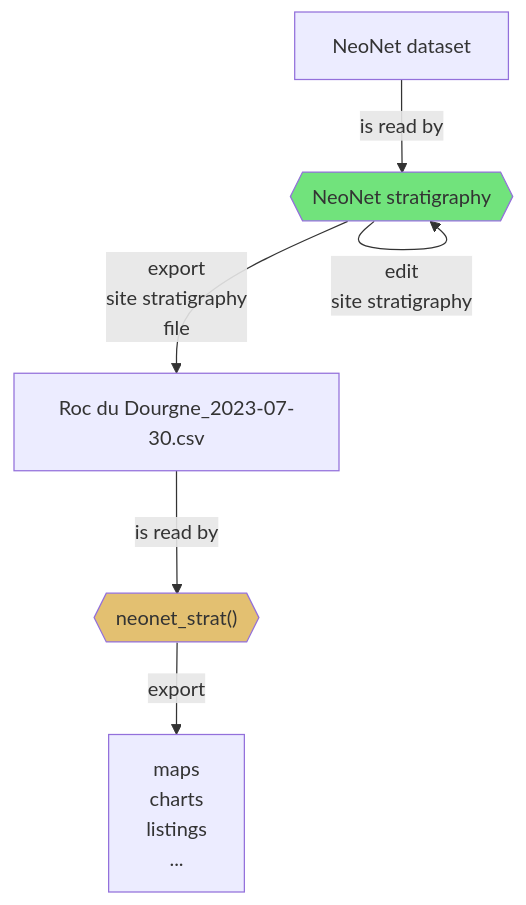
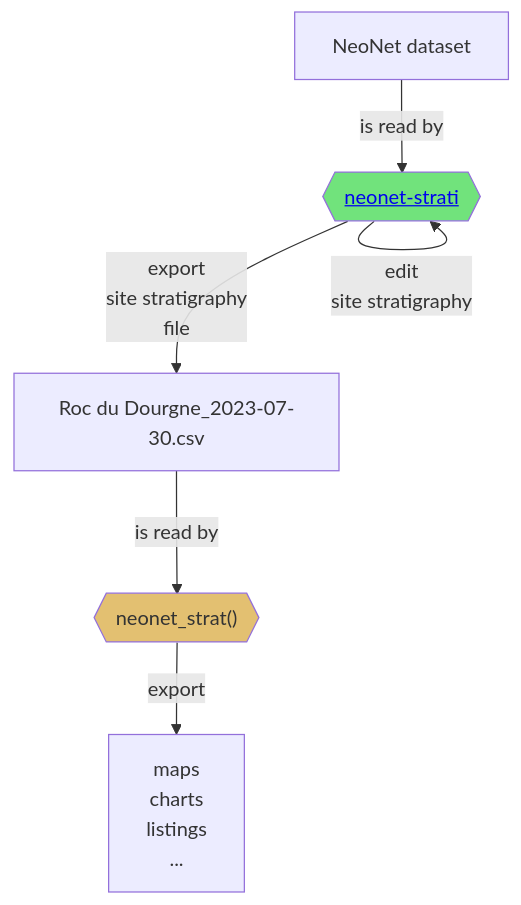
The diagram in neonet/README.md (historical-time/caa-chrono-sig), drawn with Mermaid before and after one commit. The commit also changed other lines of this file, not shown here.

````diff
--- a/neonet/README.md
+++ b/neonet/README.md
@@ -14,10 +14,10 @@
 ```mermaid
 flowchart TD
-    A[NeoNet dataset] --is read by--> B{{"NeoNet stratigraphy"}}:::neonetshiny;
+    A[NeoNet dataset] --is read by--> B{{<a href='https://trainingidn.shinyapps.io/neonet-strati'>neonet-strati</a>}}:::neonetshiny;
     B --edit<br>site stratigraphy--> B;
     B --export<br>site stratigraphy<br>file--> C["Roc du Dourgne_2023-07-30.csv"];
     C --is read by--> D{{"neonet_strat()"}}:::neonetfunct;
     D --export --> E[maps<br>charts<br>listings<br>...];
     classDef neonetfunct fill:#e3c071;
     classDef neonetshiny fill:#71e37c;
 ```
````
